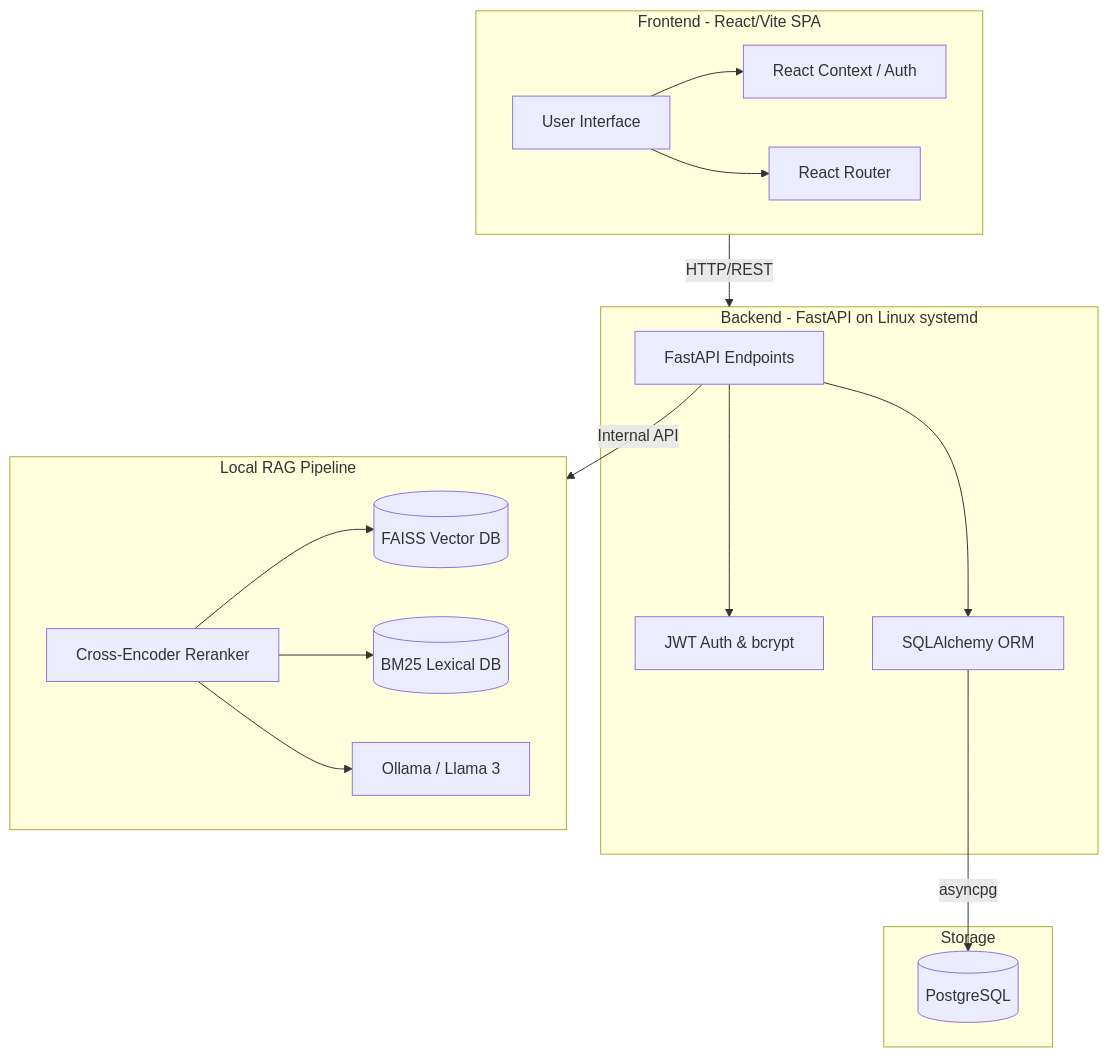
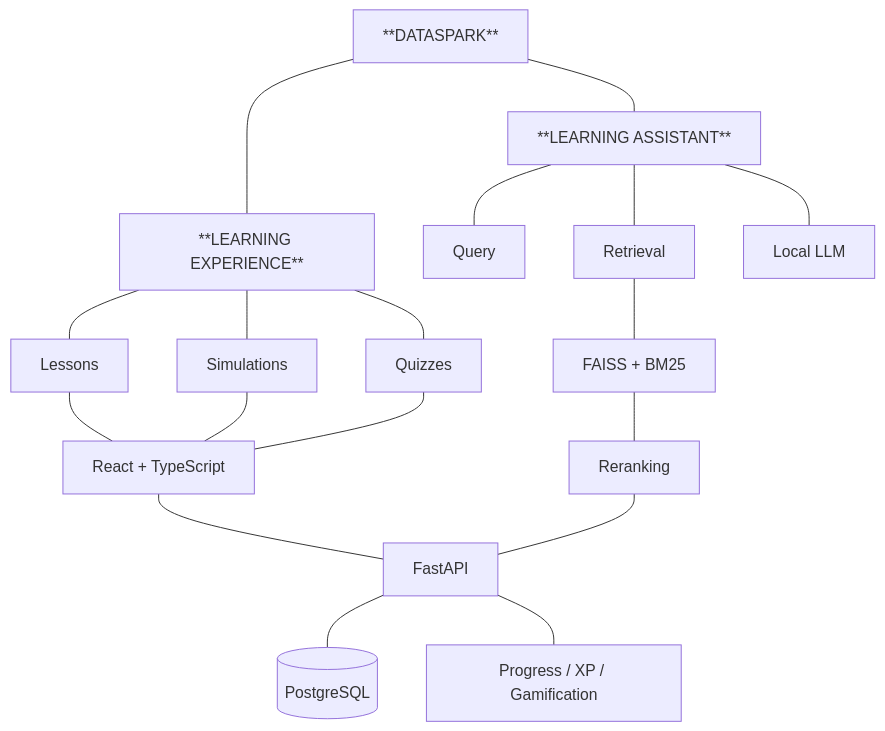
Before and after one commit to samuell360/DataSpark: the diagram in diagrams/dataspark-architecture.mmd, drawn with Mermaid. The commit also changed 2 other files, not shown here.

Commit message:
docs: restructure README and architecture diagram per recruiter review

```diff
--- a/diagrams/dataspark-architecture.mmd
+++ b/diagrams/dataspark-architecture.mmd
@@ -1,35 +1,51 @@
-graph TD
-    subgraph Client [Frontend - React/Vite SPA]
-        UI[User Interface]
-        State[React Context / Auth]
-        Router[React Router]
-        UI --> State
-        UI --> Router
-    end
-
-    subgraph Server [Backend - FastAPI on Linux systemd]
-        API[FastAPI Endpoints]
-        Auth[JWT Auth & bcrypt]
-        DB_Layer[SQLAlchemy ORM]
-        API --> Auth
-        API --> DB_Layer
-    end
-
-    subgraph Database [Storage]
-        PG[(PostgreSQL)]
-    end
-
-    subgraph AI_Pipeline [Local RAG Pipeline]
-        Router_AI[Cross-Encoder Reranker]
-        FAISS[(FAISS Vector DB)]
-        BM25[(BM25 Lexical DB)]
-        Ollama[Ollama / Llama 3]
-        
-        Router_AI --> FAISS
-        Router_AI --> BM25
-        Router_AI --> Ollama
-    end
-
-    Client -- HTTP/REST --> Server
-    DB_Layer -- asyncpg --> PG
-    API -- Internal API --> AI_Pipeline
+flowchart TD
+    DS[**DATASPARK**]
+    
+    LE[**LEARNING EXPERIENCE**]
+    LA[**LEARNING ASSISTANT**]
+    
+    DS --- LE
+    DS --- LA
+    
+    %% Left Branch
+    L[Lessons]
+    S[Simulations]
+    Q[Quizzes]
+    
+    LE --- L
+    LE --- S
+    LE --- Q
+    
+    React[React + TypeScript]
+    
+    L --- React
+    S --- React
+    Q --- React
+    
+    %% Right Branch
+    Query[Query]
+    Retrieval[Retrieval]
+    LLM[Local LLM]
+    
+    LA --- Query
+    LA --- Retrieval
+    LA --- LLM
+    
+    FB[FAISS + BM25]
+    Rerank[Reranking]
+    
+    Retrieval --- FB
+    FB --- Rerank
+    
+    %% Join at FastAPI
+    API[FastAPI]
+    
+    React --- API
+    Rerank --- API
+    
+    %% Bottom Branch
+    DB[(PostgreSQL)]
+    XP[Progress / XP / Gamification]
+    
+    API --- DB
+    API --- XP
```
